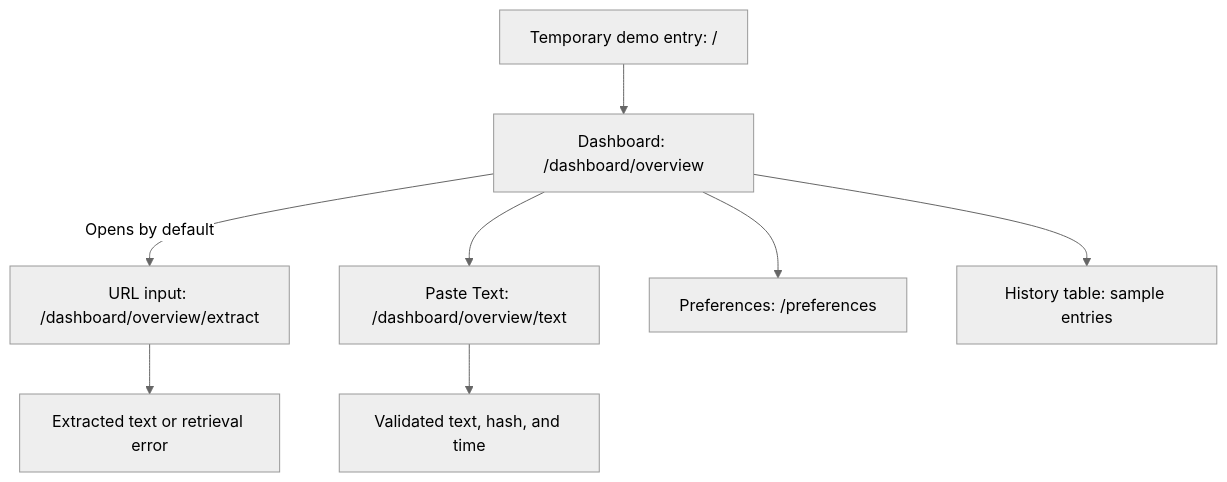
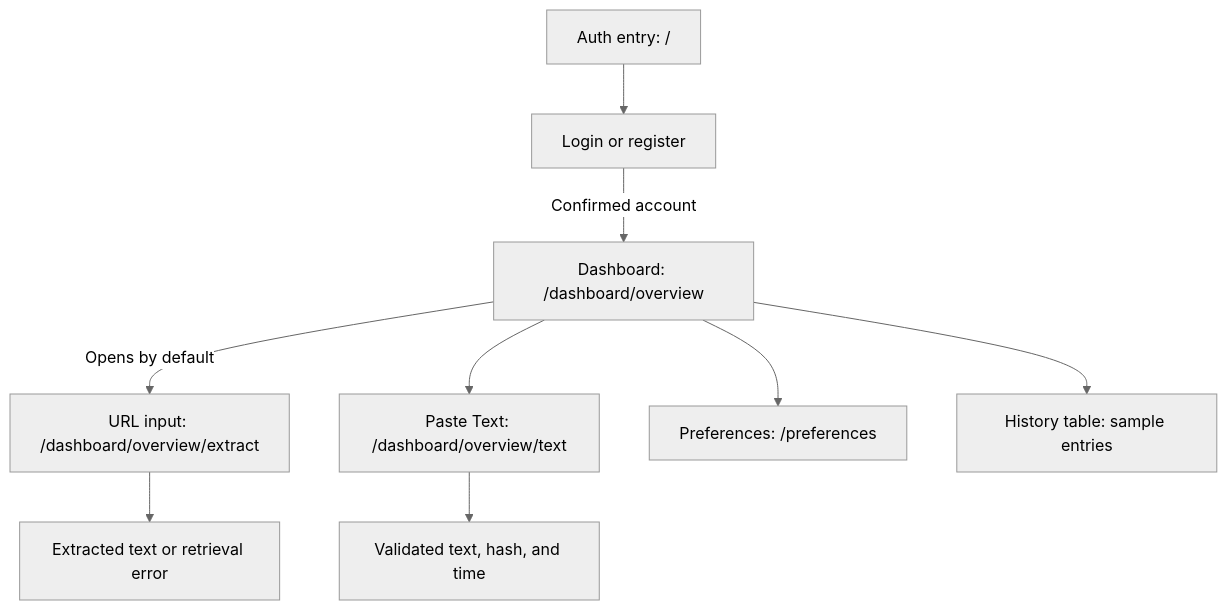
Before and after one commit to UNLV-CS472-672/2026-F-GROUP2-ClearConsent: the first of 3 diagrams in docs/design/dashboard-navigation.md, drawn with Mermaid (neutral theme). The commit also changed other lines of this file and 1 other file, not shown here.

````diff
--- a/docs/design/dashboard-navigation.md
+++ b/docs/design/dashboard-navigation.md
@@ -7,10 +7,11 @@
 ```mermaid
 flowchart TD
-    Entry["Temporary demo entry: /"] --> Dashboard
+    Entry["Auth entry: /"] --> Login["Login or register"]
+    Login -->|"Confirmed account"| Dashboard
     Dashboard["Dashboard: /dashboard/overview"] -->|"Opens by default"| URL["URL input: /dashboard/overview/extract"]
     Dashboard --> Text["Paste Text: /dashboard/overview/text"]
     Dashboard --> Preferences["Preferences: /preferences"]
     Dashboard --> History["History table: sample entries"]
     URL --> ExtractOutput["Extracted text or retrieval error"]
     Text --> TextOutput["Validated text, hash, and time"]
 ```
````
